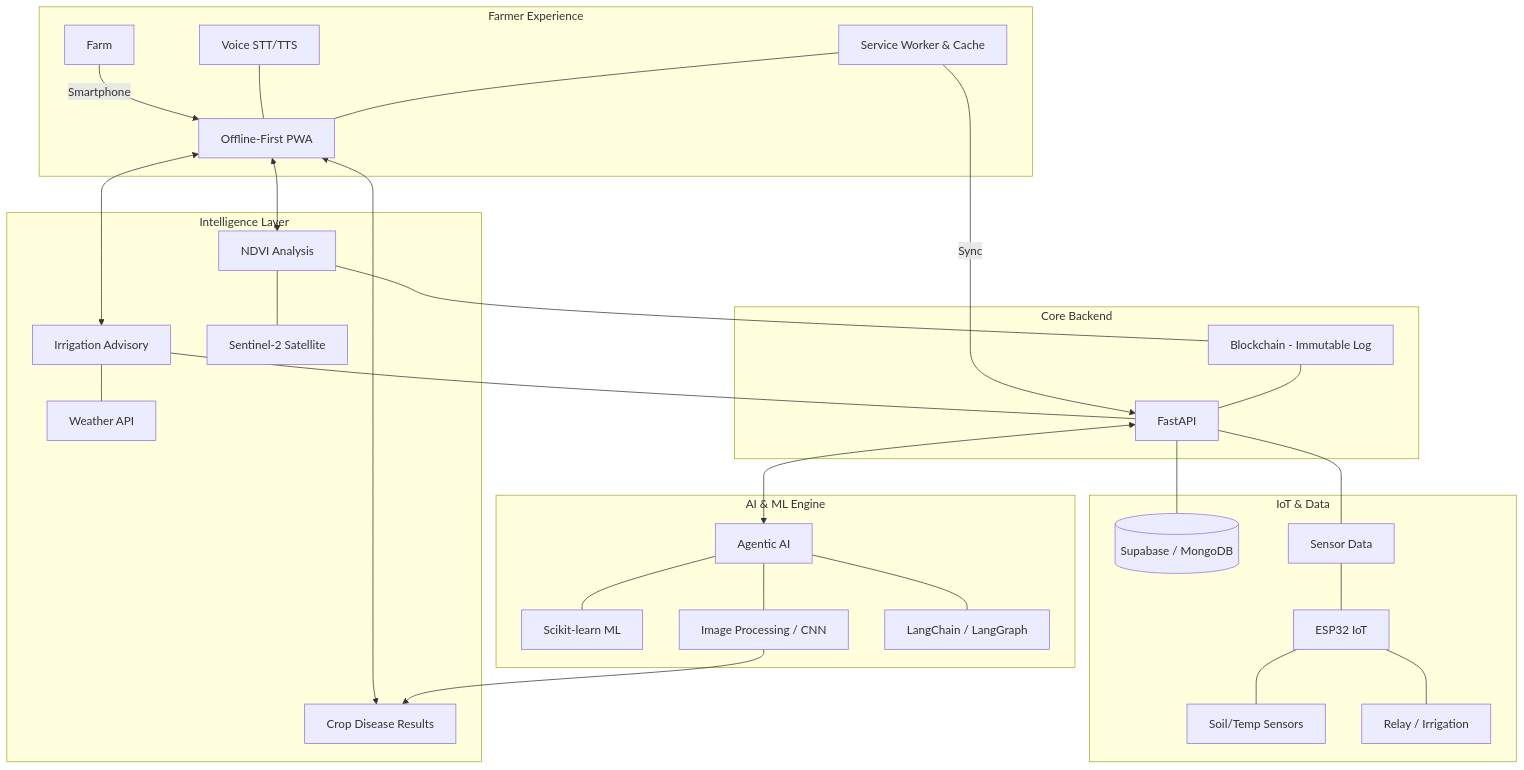
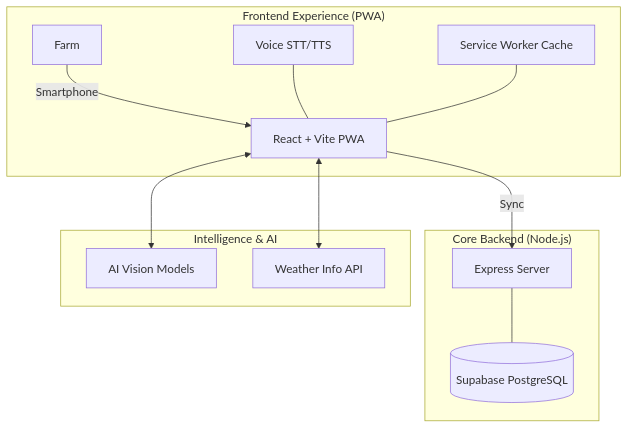
The diagram in README.md (DHRUV-SAVE21/InnovatesIndia), drawn with Mermaid before and after one commit. The commit also changed other lines of this file, not shown here.

````diff
--- a/README.md
+++ b/README.md
@@ -45,40 +48,18 @@
 ```mermaid
 graph TD
-    subgraph "Farmer Experience"
-        Farm[Farm] -->|Smartphone| PWA[Offline-First PWA]
+    subgraph "Frontend Experience (PWA)"
+        Farm[Farm] -->|Smartphone| PWA[React + Vite PWA]
         Voice[Voice STT/TTS] --- PWA
-        SW[Service Worker & Cache] --- PWA
+        SW[Service Worker Cache] --- PWA
     end
 
-    subgraph "Intelligence Layer"
-        PWA <--> NDVI[NDVI Analysis]
-        PWA <--> IAS[Irrigation Advisory]
-        PWA <--> CD[Crop Disease Results]
-        
-        NDVI --- S2[Sentinel-2 Satellite]
-        IAS --- Weather[Weather API]
+    subgraph "Core Backend (Node.js)"
+        PWA -->|Sync| API[Express Server]
+        API --- DB[(Supabase PostgreSQL)]
     end
 
-    subgraph "Core Backend"
-        SW -->|Sync| API[FastAPI]
-        BC[Blockchain - Immutable Log] --- API
-        NDVI --- BC
-        IAS --- API
-    end
-
-    subgraph "AI & ML Engine"
-        API <--> Agent[Agentic AI]
-        Agent --- ML[Scikit-learn ML]
-        Agent --- CV[Image Processing / CNN]
-        Agent --- LC[LangChain / LangGraph]
-        CV --> CD
-    end
-
-    subgraph "IoT & Data"
-        API --- DB[(Supabase / MongoDB)]
-        API --- SD[Sensor Data]
-        SD --- ESP[ESP32 IoT]
-        ESP --- Sensors[Soil/Temp Sensors]
-        ESP --- Relay[Relay / Irrigation]
+    subgraph "Intelligence & AI"
+        PWA <--> Models[AI Vision Models]
+        PWA <--> Weather[Weather Info API]
     end
 ```
````
